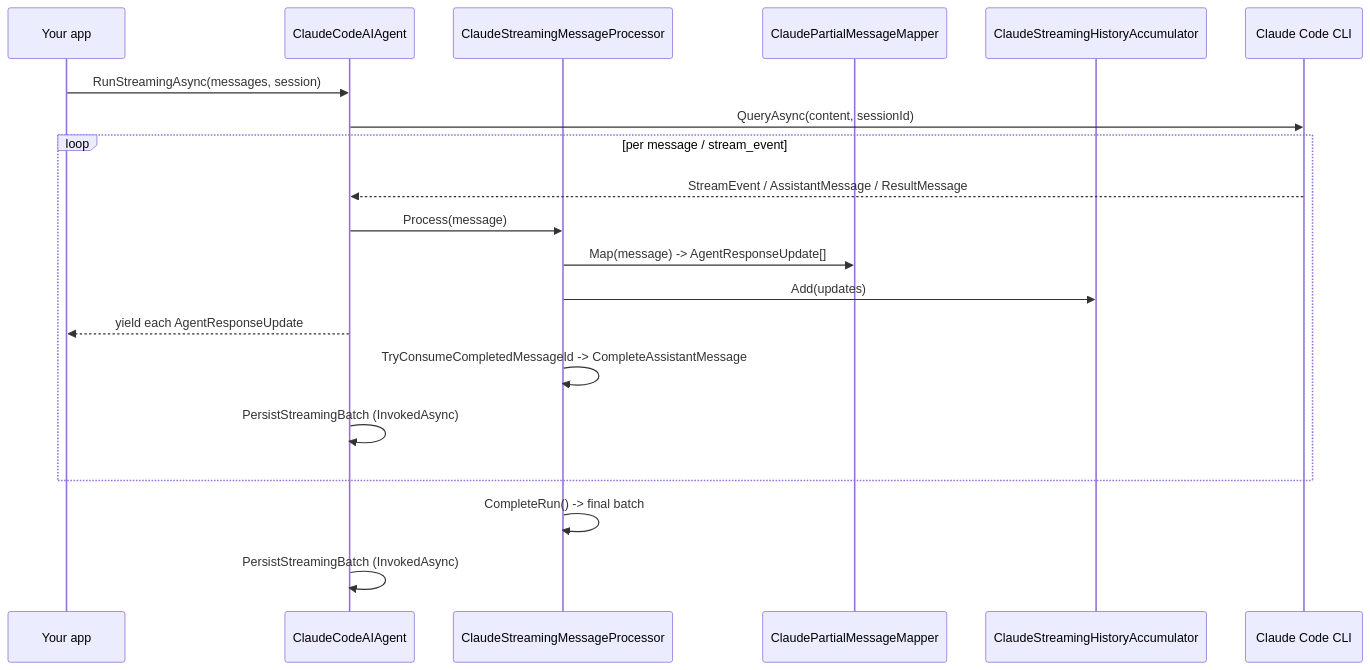
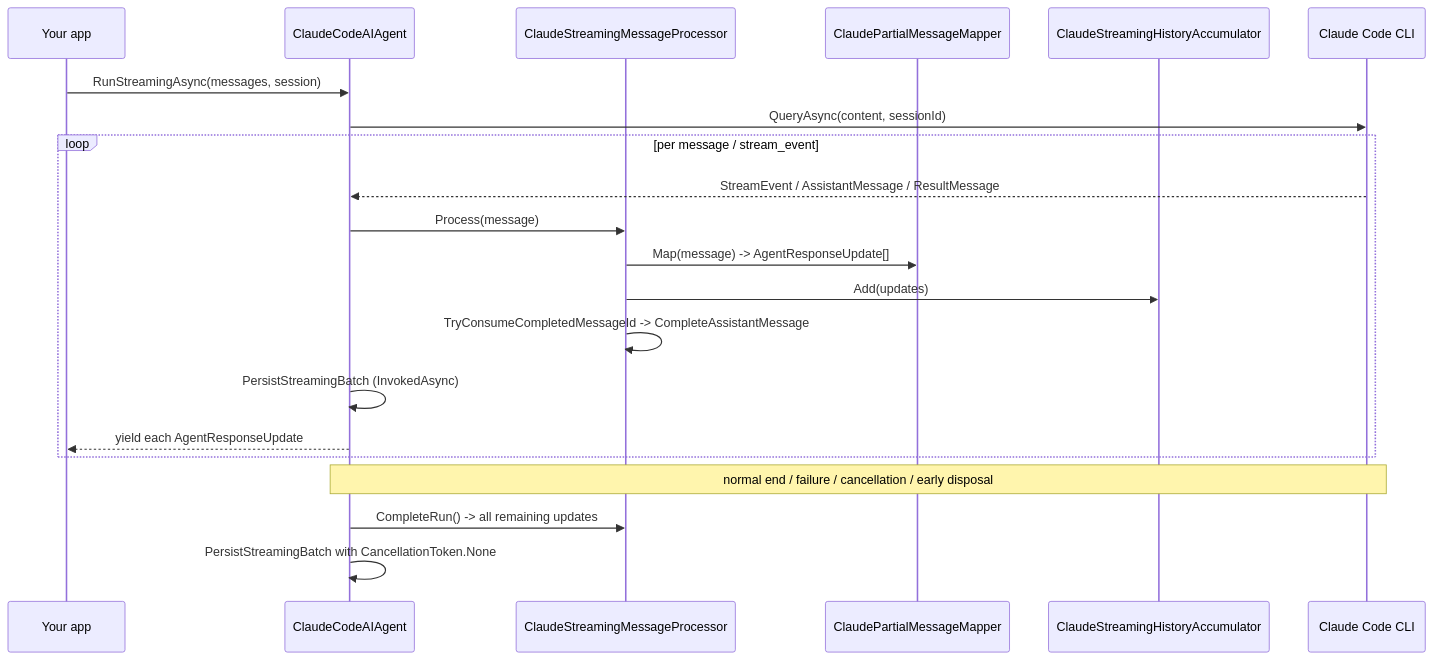
Before and after one commit to zxyao145/claude-code-sdk-csharp: the third of 6 diagrams in src/ClaudeCodeSdk.MAF/README.md, drawn with Mermaid. The commit also changed other lines of this file and 3 other files, not shown here.

````diff
--- a/src/ClaudeCodeSdk.MAF/README.md
+++ b/src/ClaudeCodeSdk.MAF/README.md
@@ -429,23 +430,24 @@
 ```mermaid
 sequenceDiagram
     participant App as Your app
     participant Agent as ClaudeCodeAIAgent
     participant Proc as ClaudeStreamingMessageProcessor
     participant Map as ClaudePartialMessageMapper
     participant Acc as ClaudeStreamingHistoryAccumulator
     participant CLI as Claude Code CLI
 
     App->>Agent: RunStreamingAsync(messages, session)
     Agent->>CLI: QueryAsync(content, sessionId)
     loop per message / stream_event
         CLI-->>Agent: StreamEvent / AssistantMessage / ResultMessage
         Agent->>Proc: Process(message)
         Proc->>Map: Map(message) -> AgentResponseUpdate[]
         Proc->>Acc: Add(updates)
-        Agent-->>App: yield each AgentResponseUpdate
         Proc->>Proc: TryConsumeCompletedMessageId -> CompleteAssistantMessage
         Agent->>Agent: PersistStreamingBatch (InvokedAsync)
+        Agent-->>App: yield each AgentResponseUpdate
     end
-    Proc->>Proc: CompleteRun() -> final batch
-    Agent->>Agent: PersistStreamingBatch (InvokedAsync)
+    Note over Agent,CLI: normal end / failure / cancellation / early disposal
+    Agent->>Proc: CompleteRun() -> all remaining updates
+    Agent->>Agent: PersistStreamingBatch with CancellationToken.None
 ```
````
